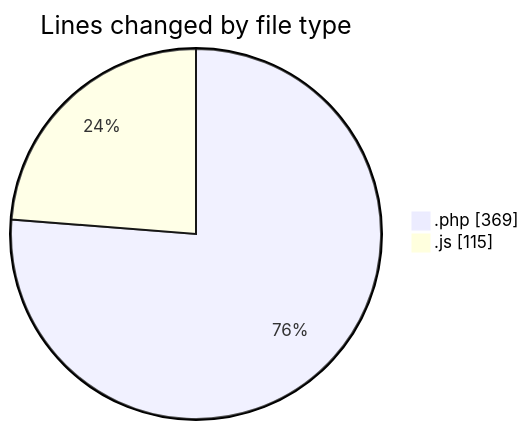
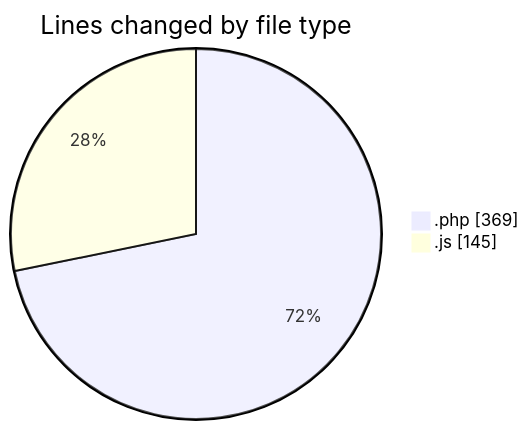
Before and after one commit to LanceThiago/code-tracking: the first of 2 diagrams in 2025-03-26/kml/README.md, drawn with Mermaid. The commit also changed other lines of this file and 1 other file, not shown here.

````diff
--- a/2025-03-26/kml/README.md
+++ b/2025-03-26/kml/README.md
@@ -23,6 +23,6 @@
 ```mermaid
 pie showData
 title Lines changed by file type
 ".php" : 369
-".js" : 115
+".js" : 145
 ```
````
